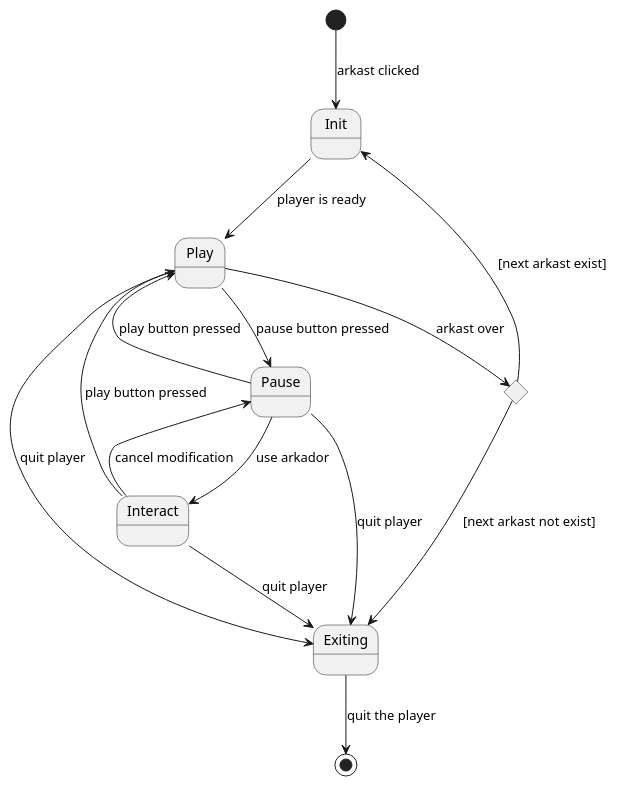
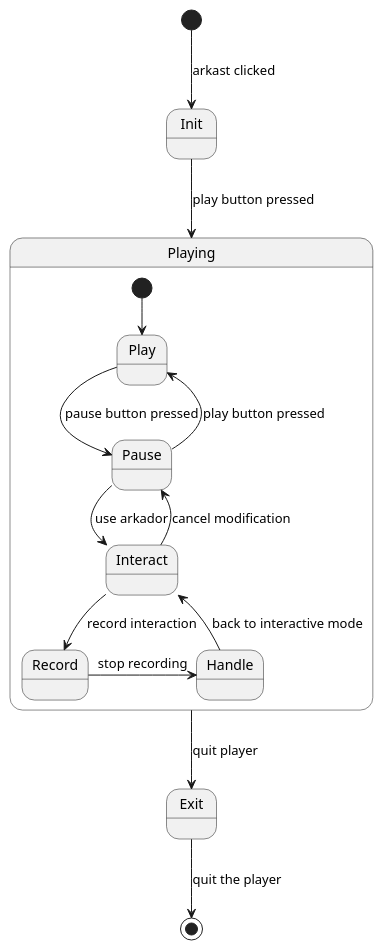
Before and after one commit to SSMM0498/arkad-conception: the diagram in models/3.StateTransition/1.st.player.puml, drawn with PlantUML. The commit also changed 1 other file, not shown here.

Commit message:
upd : player state diagram

```diff
--- a/models/3.StateTransition/1.st.player.puml
+++ b/models/3.StateTransition/1.st.player.puml
@@ -1,23 +1,22 @@
 @startuml "player state diagram"
 skinparam shadowing false
 skinparam monochrome true
 
 ' frame "st: player state diagram" {
-    [*] --> Init : arkast clicked
-    Init --> Play : player is ready
-    Interact --> Play : play button pressed
-    Pause --> Play : play button pressed
-    Play --> Pause : pause button pressed
-    Pause --> Interact : use arkador
-    Interact --> Pause : cancel modification
-    Pause --> Exiting : quit player
-    Play --> Exiting : quit player
-    Interact --> Exiting : quit player
-    state c <<choice>>
-    Play --> c : arkast over
-    c --> Init : [next arkast exist]
-    c --> Exiting  : [next arkast not exist]
-    Exiting --> [*] : quit the player
+    [*] -down-> Init : arkast clicked
+    Init --> Playing : play button pressed
+    State Playing {
+        [*] -down-> Play
+        Play -down-> Pause : pause button pressed
+        Pause -up-> Play : play button pressed
+        Pause --> Interact : use arkador
+        Interact --> Pause : cancel modification
+        Interact --> Record : record interaction
+        Record -right-> Handle : stop recording
+        Handle -right-> Interact : back to interactive mode
+    }
+    Playing --> Exit : quit player
+    Exit --> [*] : quit the player
 ' }
 
 @enduml
```
